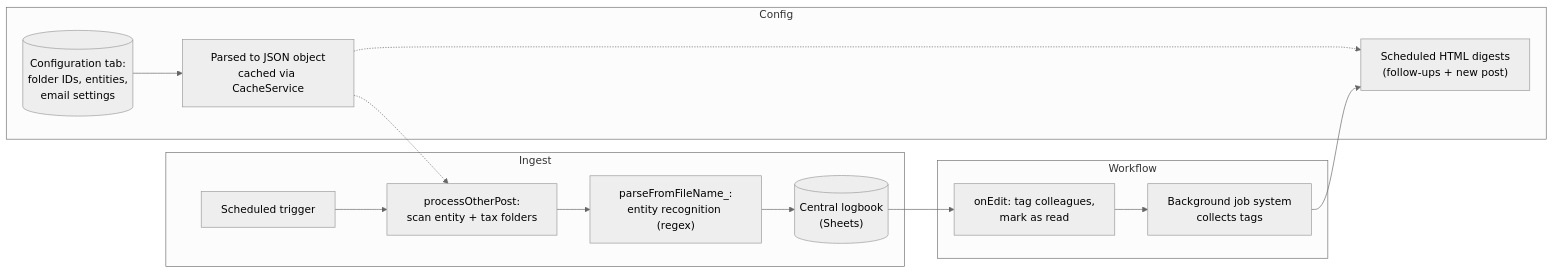
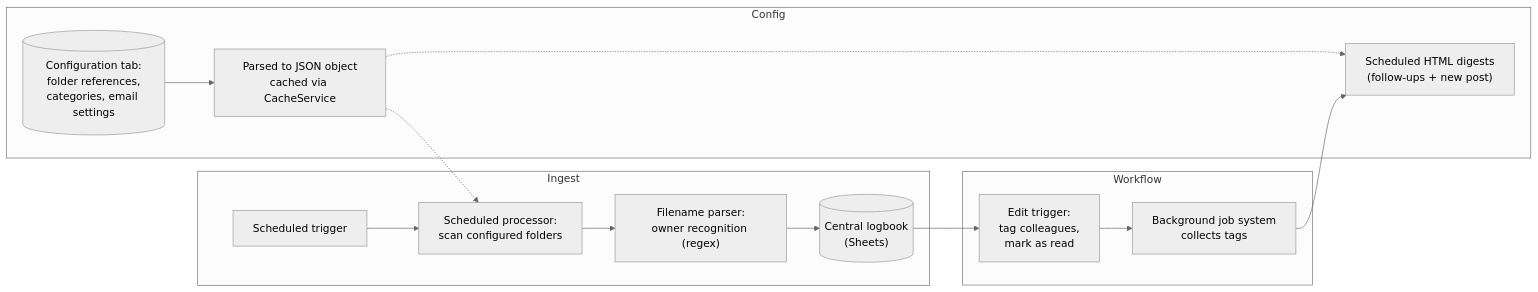
One commit to MatthiasBusscher/automation-portfolio changed the diagram in case-studies/11-document-management-app.md. Above: the diagram before and after it, drawn with Mermaid (neutral theme). The commit also changed other lines of this file and 16 other files, not shown here.

````diff
--- a/case-studies/11-document-management-app.md
+++ b/case-studies/11-document-management-app.md
@@ -13,18 +13,18 @@
 ```mermaid
 flowchart LR
     subgraph Ingest
-    CRON["Scheduled trigger"] --> PROC["processOtherPost:<br/>scan entity + tax folders"]
-    PROC --> REGEX["parseFromFileName_:<br/>entity recognition (regex)"]
+    CRON["Scheduled trigger"] --> PROC["Scheduled processor:<br/>scan configured folders"]
+    PROC --> REGEX["Filename parser:<br/>owner recognition (regex)"]
     REGEX --> LOG[("Central logbook<br/>(Sheets)")]
     end
     subgraph Config
-    CFG[("Configuration tab:<br/>folder IDs, entities,<br/>email settings")] --> JSON["Parsed to JSON object<br/>cached via CacheService"]
+    CFG[("Configuration tab:<br/>folder references,<br/>categories, email settings")] --> JSON["Parsed to JSON object<br/>cached via CacheService"]
     JSON -.-> PROC
     JSON -.-> DIGEST
     end
     subgraph Workflow
-    LOG --> EDIT["onEdit: tag colleagues,<br/>mark as read"]
+    LOG --> EDIT["Edit trigger:<br/>tag colleagues,<br/>mark as read"]
     EDIT --> JOBS["Background job system<br/>collects tags"]
     JOBS --> DIGEST["Scheduled HTML digests<br/>(follow-ups + new post)"]
     end
 ```
````
